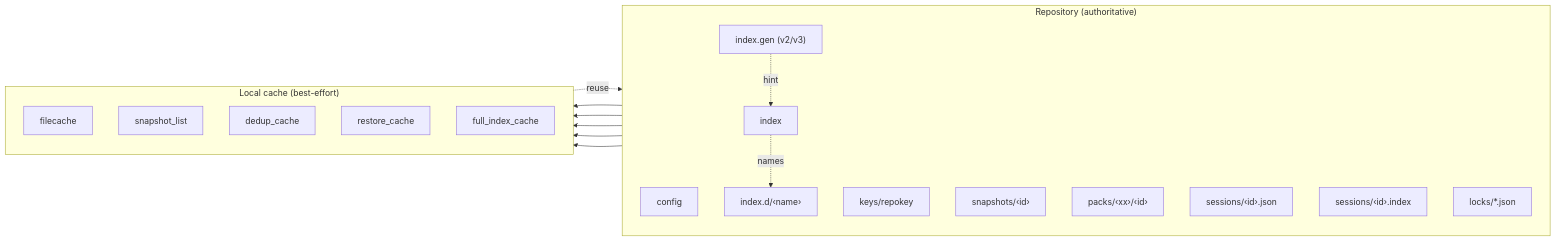
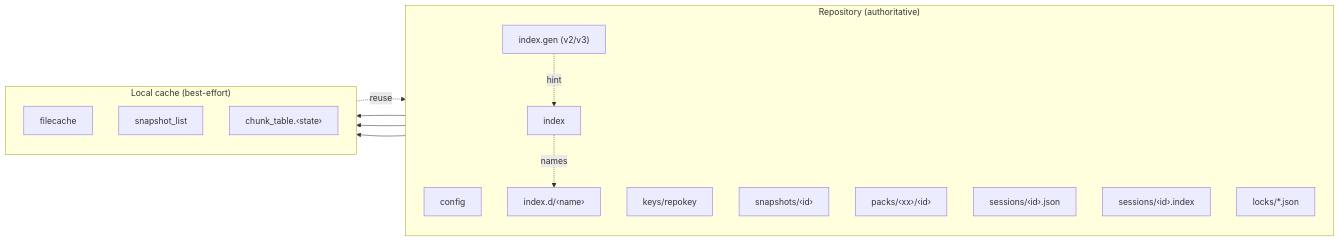
One commit to borgbase/vykar changed the first of 7 diagrams in docs/src/content/docs/architecture.md. Above: the diagram before and after it, drawn with Mermaid. The commit also changed other lines of this file and 67 other files, not shown here.

````diff
--- a/docs/src/content/docs/architecture.md
+++ b/docs/src/content/docs/architecture.md
@@ -288,34 +285,30 @@
 ```mermaid
 flowchart LR
     subgraph Repo["Repository (authoritative)"]
         direction TB
         config["config"]
         repokey["keys/repokey"]
         index["index"]
         indexd["index.d/‹name›"]
         indexgen["index.gen (v2/v3)"]
         snapshots["snapshots/‹id›"]
         packs["packs/‹xx›/‹id›"]
         sessions["sessions/‹id›.json"]
         journal["sessions/‹id›.index"]
         locks["locks/*.json"]
     end
 
     subgraph Cache["Local cache (best-effort)"]
         direction TB
         filecache["filecache"]
         snapshotlist["snapshot_list"]
-        dedupcache["dedup_cache"]
-        restorecache["restore_cache"]
-        fullindex["full_index_cache"]
+        chunktable["chunk_table.‹state›"]
     end
 
-    index --> dedupcache
-    index --> restorecache
-    index --> fullindex
+    index --> chunktable
     snapshots --> snapshotlist
     filecache -. reuse .-> index
     indexgen -. hint .-> index
     index -. names .-> indexd
-    indexd --> fullindex
+    indexd --> chunktable
 ```
````
